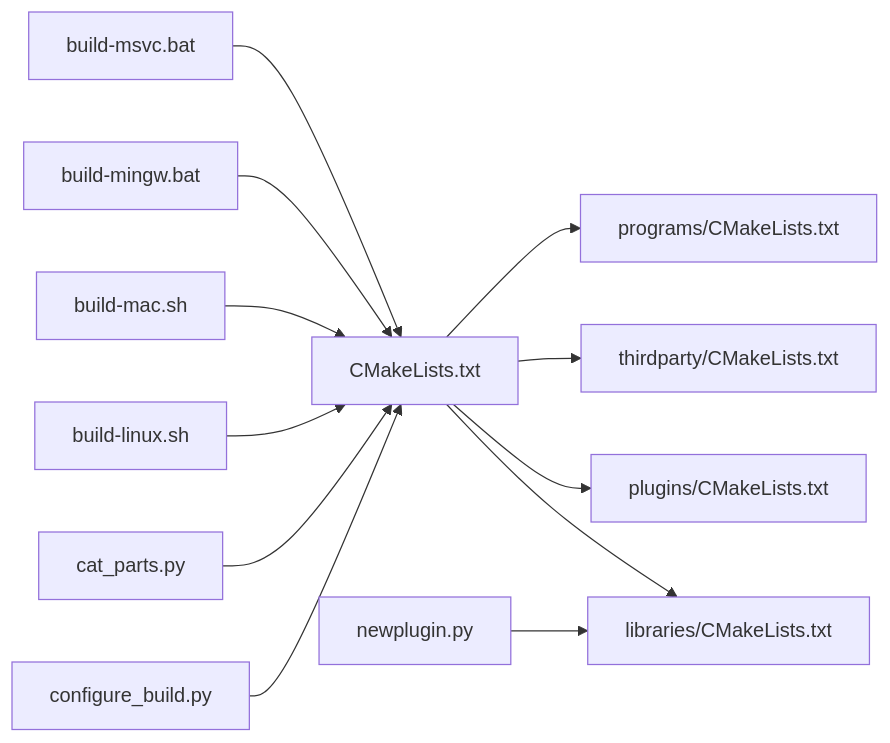
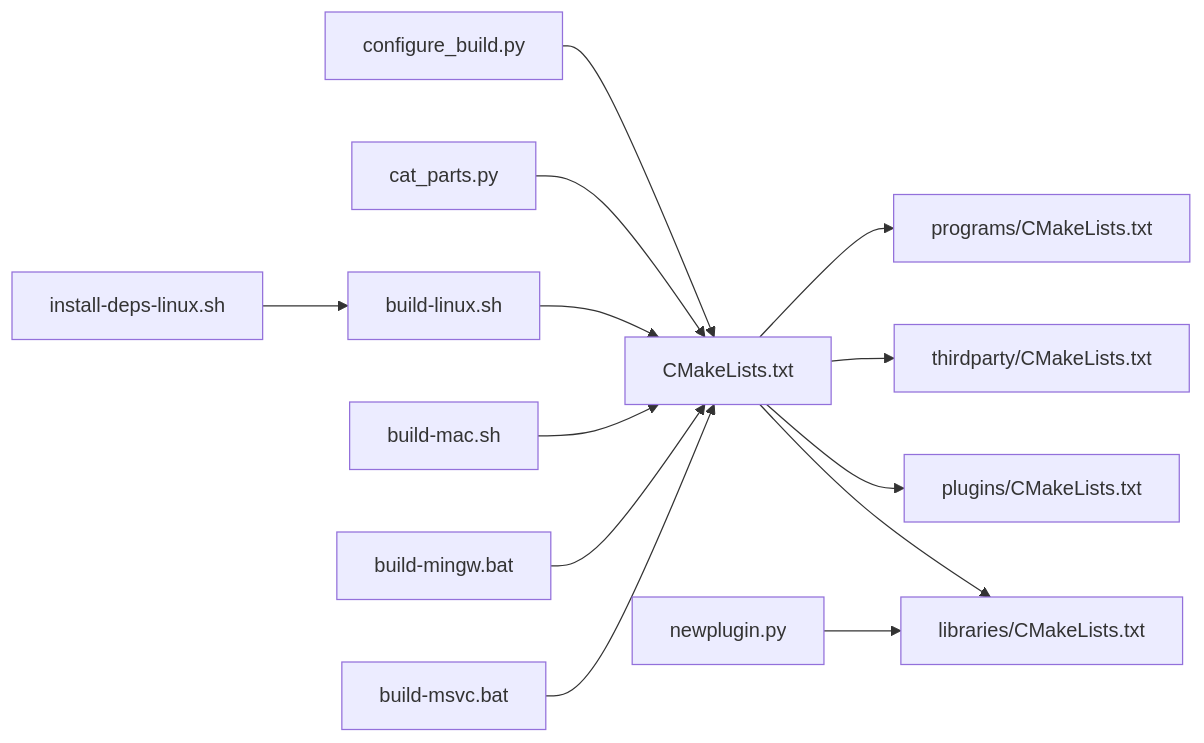
The seventh of 7 diagrams in .qoder/repowiki/en/content/Development Tools/Build System/Build System.md (VIZ-Blockchain/viz-cpp-node), drawn with Mermaid before and after one commit. The commit also changed other lines of this file and 6 other files, not shown here.

````diff
--- a/.qoder/repowiki/en/content/Development Tools/Build System/Build System.md
+++ b/.qoder/repowiki/en/content/Development Tools/Build System/Build System.md
@@ -589,26 +692,28 @@
 ```mermaid
 graph LR
 CMakeTop["CMakeLists.txt"]
 Libs["libraries/CMakeLists.txt"]
 Plugins["plugins/CMakeLists.txt"]
 Third["thirdparty/CMakeLists.txt"]
 Progs["programs/CMakeLists.txt"]
 CFGPy["configure_build.py"]
 CATPy["cat_parts.py"]
 NEWPy["newplugin.py"]
-LinuxScript["build-linux.sh"]
+LinuxDeps["install-deps-linux.sh"]
+LinuxBuild["build-linux.sh"]
 MacScript["build-mac.sh"]
 MinGWScript["build-mingw.bat"]
 MSVCScript["build-msvc.bat"]
 CMakeTop --> Libs
 CMakeTop --> Plugins
 CMakeTop --> Third
 CMakeTop --> Progs
 CFGPy --> CMakeTop
 CATPy --> CMakeTop
 NEWPy --> Libs
-LinuxScript --> CMakeTop
+LinuxDeps --> LinuxBuild
+LinuxBuild --> CMakeTop
 MacScript --> CMakeTop
 MinGWScript --> CMakeTop
 MSVCScript --> CMakeTop
 ```
````
